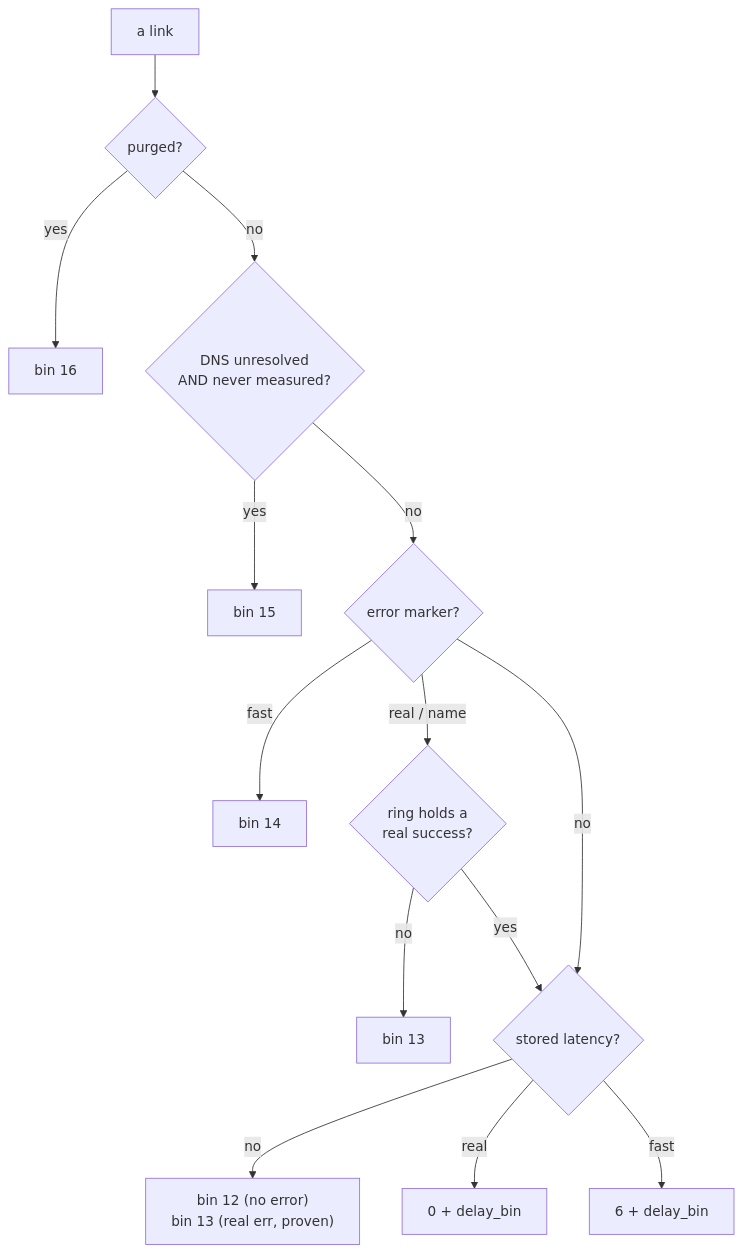
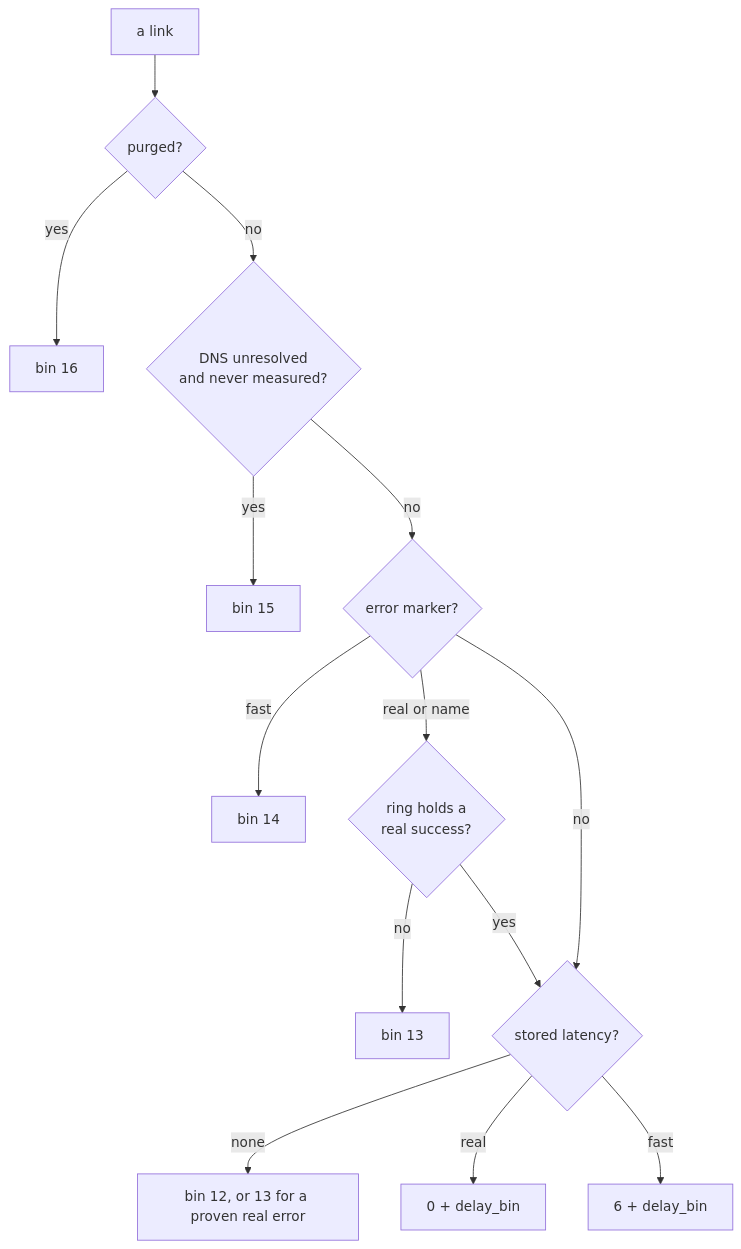
The first of 2 diagrams in docs/reference/ordering-law.md (SaelKimberly/leas), drawn with Mermaid before and after one commit. The commit also changed other lines of this file and 40 other files, not shown here.

First line of the commit message:
docs: give every fact one owning page across architecture, reference and guides

````diff
--- a/docs/reference/ordering-law.md
+++ b/docs/reference/ordering-law.md
@@ -107,16 +103,16 @@
 ```mermaid
 flowchart TD
-    A["a link"] --> P{"purged?"}
-    P -- yes --> B16["bin 16"]
-    P -- no --> D{"DNS unresolved<br/>AND never measured?"}
-    D -- yes --> B15["bin 15"]
-    D -- no --> E{"error marker?"}
-    E -- "fast" --> B14["bin 14"]
-    E -- "real / name" --> PR{"ring holds a<br/>real success?"}
-    PR -- "no" --> B13["bin 13"]
-    PR -- "yes" --> M{"stored latency?"}
+    A[a link] --> P{purged?}
+    P -- yes --> B16[bin 16]
+    P -- no --> D{DNS unresolved<br/>and never measured?}
+    D -- yes --> B15[bin 15]
+    D -- no --> E{error marker?}
+    E -- fast --> B14[bin 14]
+    E -- "real or name" --> PR{ring holds a<br/>real success?}
+    PR -- no --> B13[bin 13]
+    PR -- yes --> M{stored latency?}
     E -- no --> M
-    M -- "no" --> B12["bin 12 (no error)<br/>bin 13 (real err, proven)"]
-    M -- "real" --> R["0 + delay_bin"]
-    M -- "fast" --> F["6 + delay_bin"]
+    M -- none --> B12[bin 12, or 13 for a proven real error]
+    M -- real --> R[0 + delay_bin]
+    M -- fast --> F[6 + delay_bin]
 ```
````
